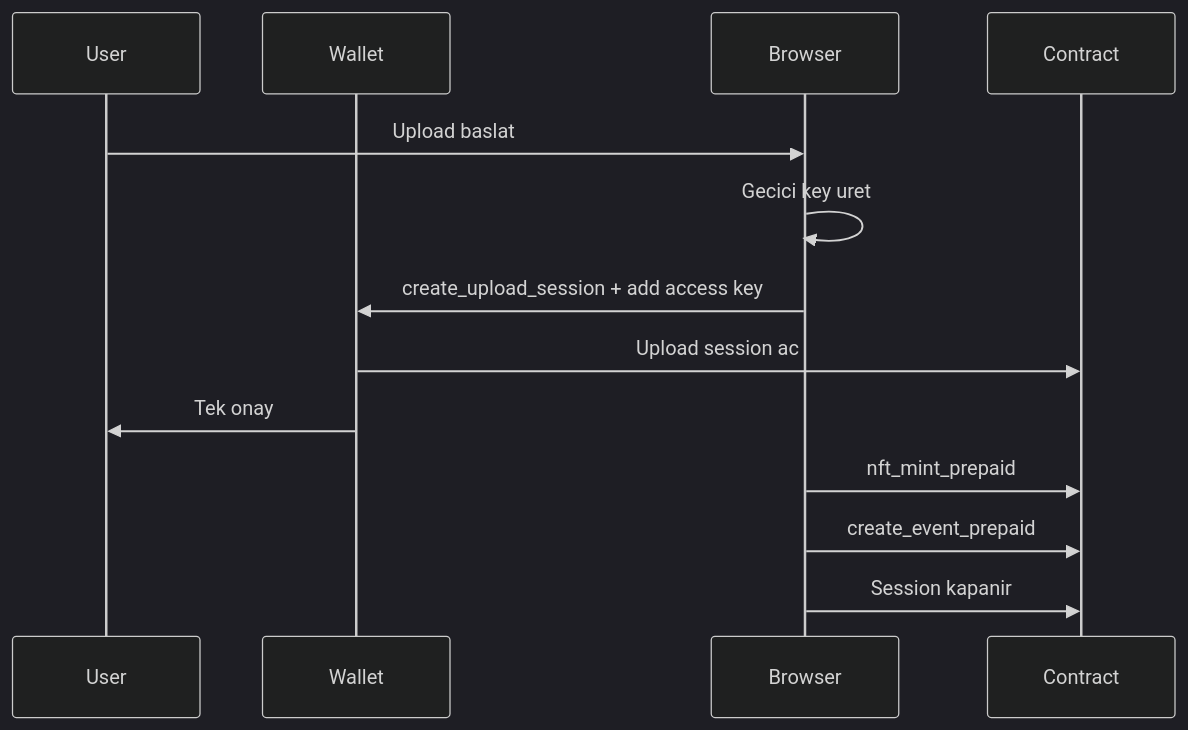
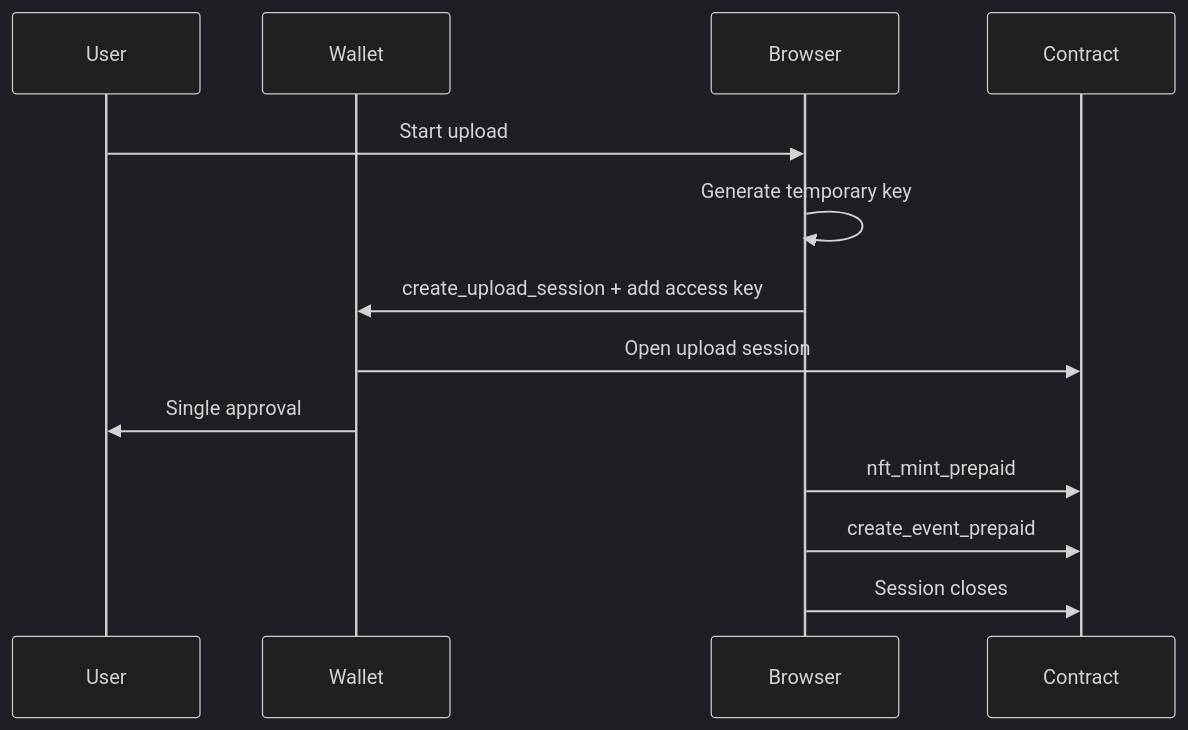
Before and after one commit to 4rmus/youtick: the diagram in docs/architecture/session-keys.md, drawn with Mermaid (dark theme). The commit also changed other lines of this file and 42 other files, not shown here.

````diff
--- a/docs/architecture/session-keys.md
+++ b/docs/architecture/session-keys.md
@@ -40,16 +37,16 @@
 ```mermaid
 sequenceDiagram
     participant U as User
     participant W as Wallet
     participant B as Browser
     participant C as Contract
 
-    U->>B: Upload baslat
-    B->>B: Gecici key uret
+    U->>B: Start upload
+    B->>B: Generate temporary key
     B->>W: create_upload_session + add access key
-    W->>C: Upload session ac
-    W->>U: Tek onay
+    W->>C: Open upload session
+    W->>U: Single approval
     B->>C: nft_mint_prepaid
     B->>C: create_event_prepaid
-    B->>C: Session kapanir
+    B->>C: Session closes
 ```
````
